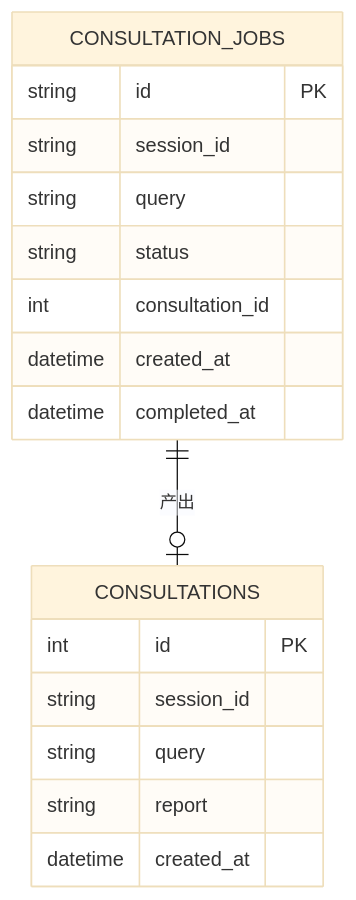
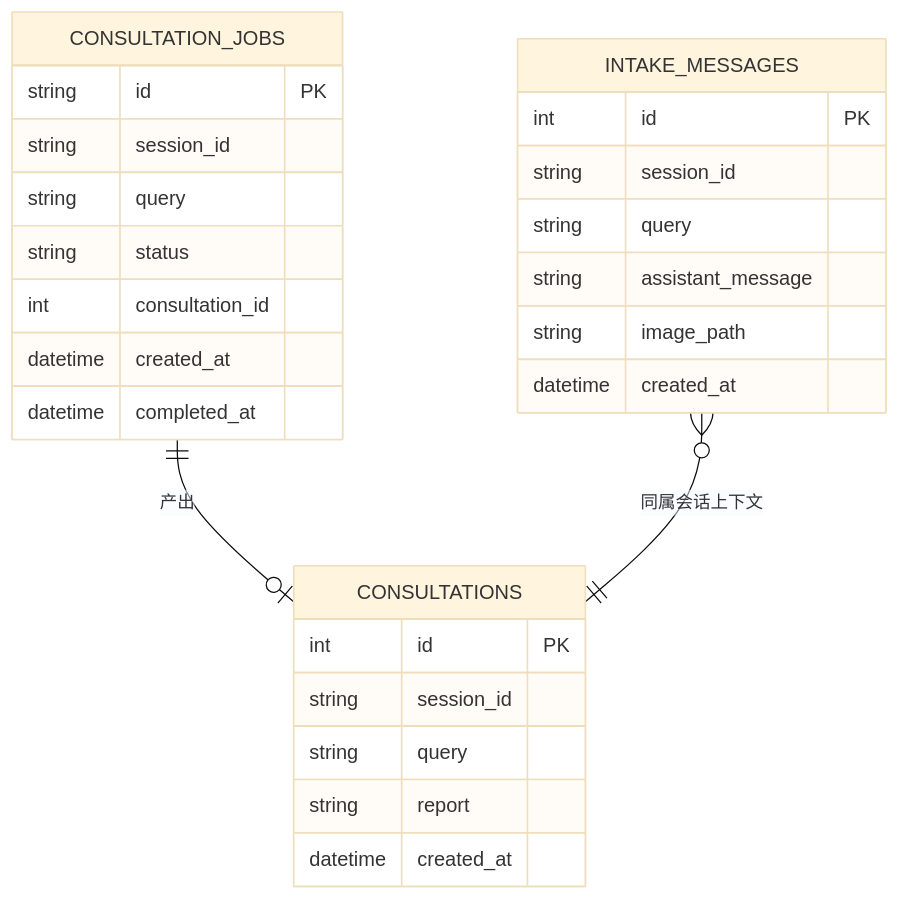
The eighth of 8 diagrams in docs/backend_architecture.md (jiliguluhua/liver_rag), drawn with Mermaid (base theme) before and after one commit. The commit also changed other lines of this file, not shown here.

````diff
--- a/docs/backend_architecture.md
+++ b/docs/backend_architecture.md
@@ -229,22 +239,32 @@
 ```mermaid
 erDiagram
     CONSULTATIONS {
         int id PK
         string session_id
         string query
         string report
         datetime created_at
     }
 
     CONSULTATION_JOBS {
         string id PK
         string session_id
         string query
         string status
         int consultation_id
         datetime created_at
         datetime completed_at
     }
 
+    INTAKE_MESSAGES {
+        int id PK
+        string session_id
+        string query
+        string assistant_message
+        string image_path
+        datetime created_at
+    }
+
     CONSULTATION_JOBS ||--o| CONSULTATIONS : 产出
+    INTAKE_MESSAGES }o--|| CONSULTATIONS : 同属会话上下文
 ```
````
